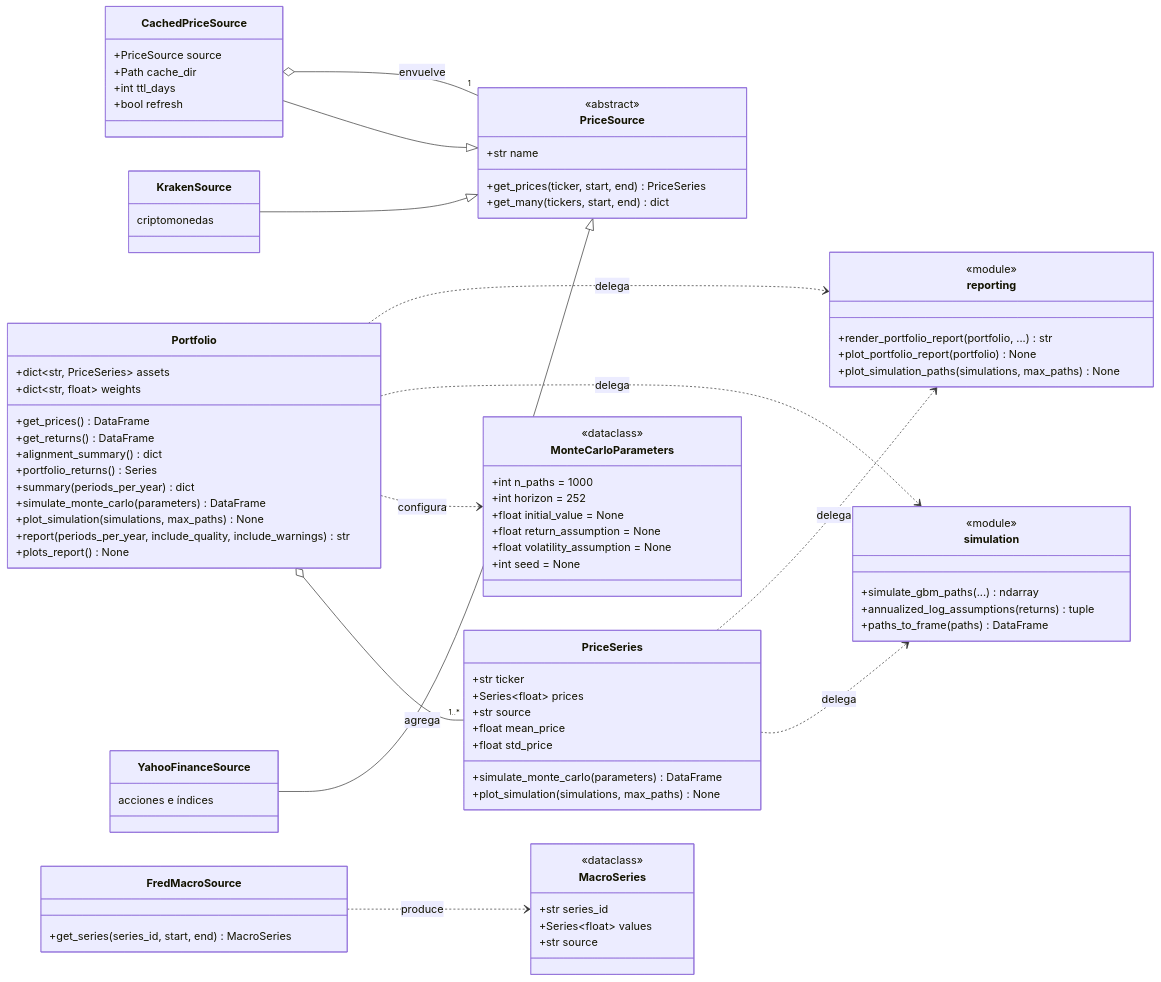
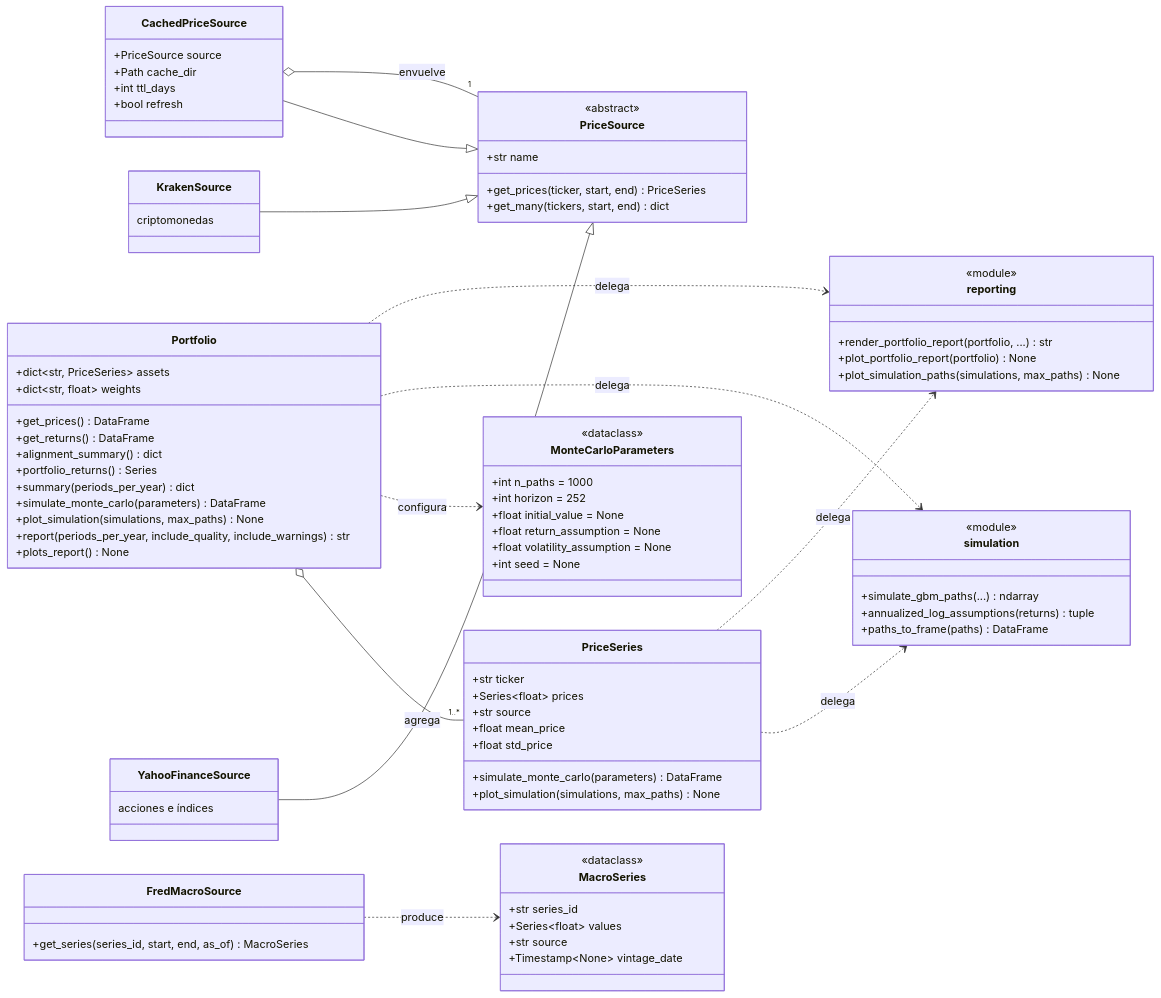
Before and after one commit to alejandroperezpujante/quantfolio: the first of 2 diagrams in docs/architecture.md, drawn with Mermaid. The commit also changed other lines of this file and 2 other files, not shown here.

Commit message:
docs: document ALFRED vintages and point-in-time macro retrieval

```diff
--- a/docs/architecture.md
+++ b/docs/architecture.md
@@ -72,10 +72,11 @@
         +str series_id
         +Series~float~ values
         +str source
+        +Timestamp~None~ vintage_date
     }
 
     class FredMacroSource {
-        +get_series(series_id, start, end) MacroSeries
+        +get_series(series_id, start, end, as_of) MacroSeries
     }
 
     class simulation {
```
